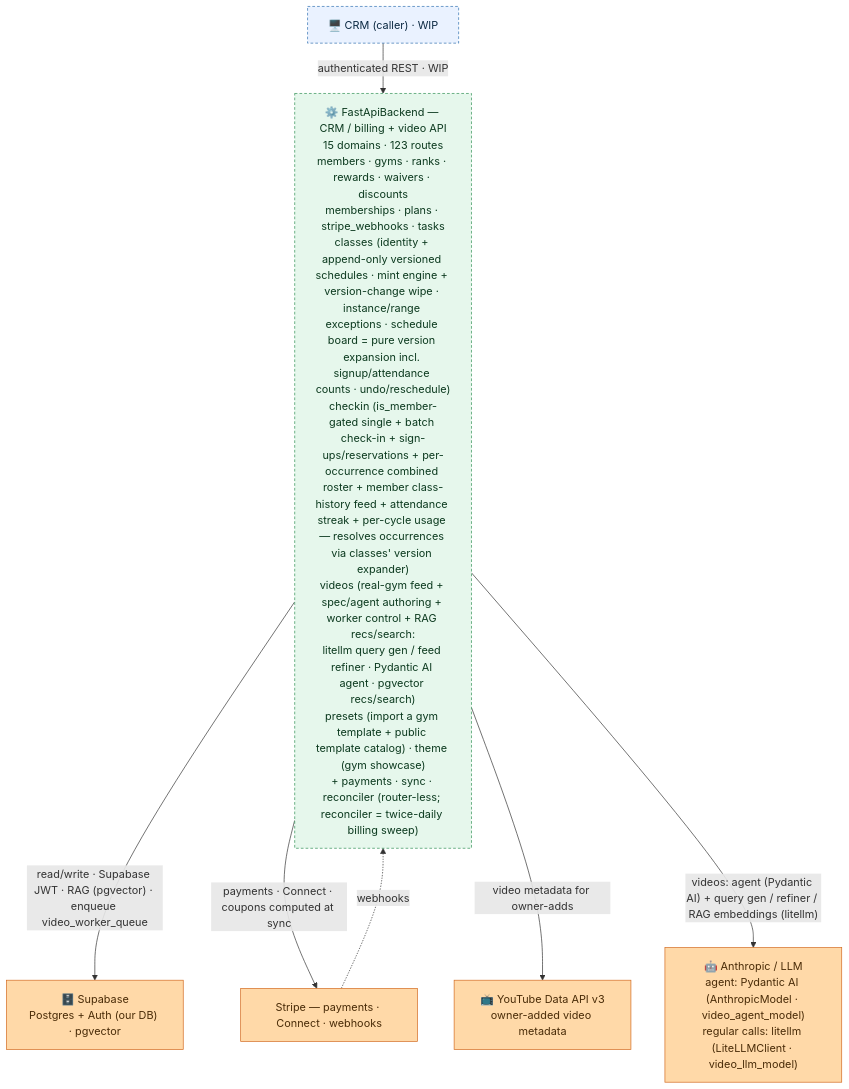
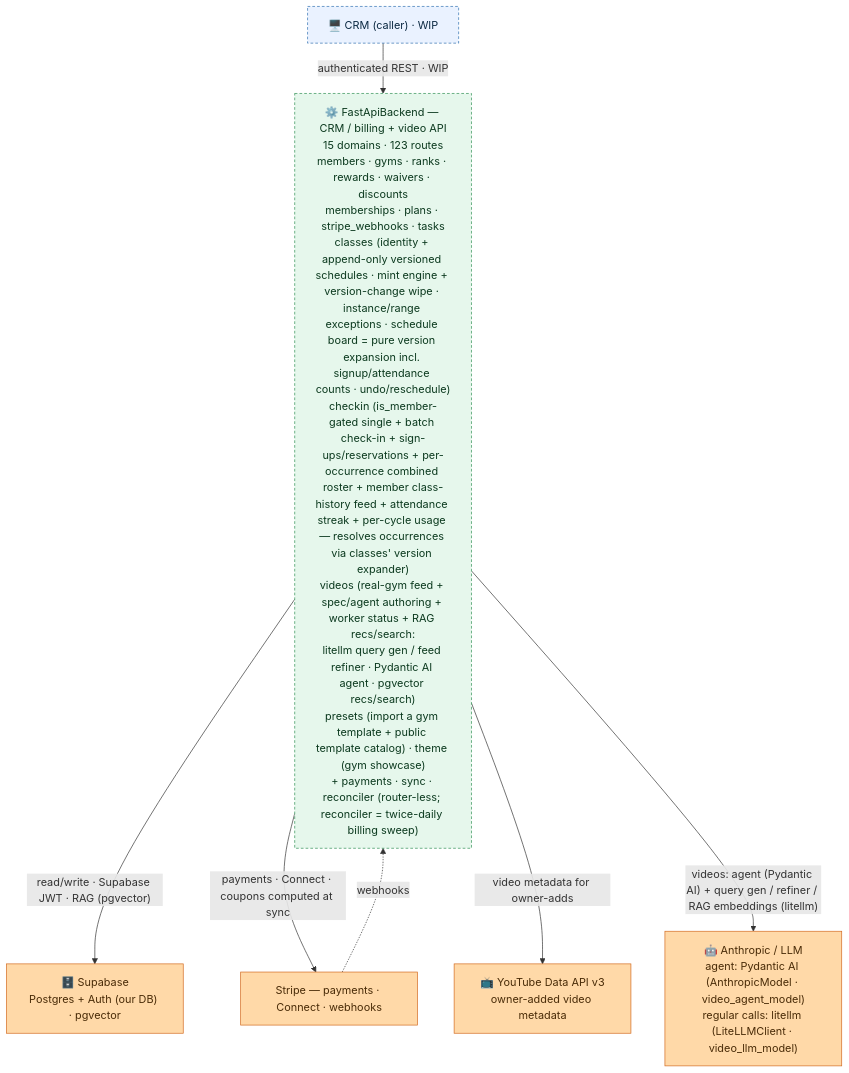
The diagram in FastApiBackend/README.md (jesse51002/CombatDen), drawn with Mermaid before and after one commit. The commit also changed other lines of this file and 41 other files, not shown here.

````diff
--- a/FastApiBackend/README.md
+++ b/FastApiBackend/README.md
@@ -16,23 +16,23 @@
 ```mermaid
 flowchart TB
   CRM["🖥️ CRM (caller) · WIP"]
-  FB["⚙️ FastApiBackend — CRM / billing + video API<br/>15 domains · 123 routes<br/>members · gyms · ranks · rewards · waivers · discounts<br/>memberships · plans · stripe_webhooks · tasks<br/>classes (identity + append-only versioned schedules · mint engine + version-change wipe · instance/range exceptions · schedule board = pure version expansion incl. signup/attendance counts · undo/reschedule)<br/>checkin (is_member-gated single + batch check-in + sign-ups/reservations + per-occurrence combined roster + member class-history feed + attendance streak + per-cycle usage — resolves occurrences via classes' version expander)<br/>videos (real-gym feed + spec/agent authoring + worker control + RAG recs/search:<br/>litellm query gen / feed refiner · Pydantic AI agent · pgvector recs/search)<br/>presets (import a gym template + public template catalog) · theme (gym showcase)<br/>+ payments · sync · reconciler (router-less; reconciler = twice-daily billing sweep)"]
+  FB["⚙️ FastApiBackend — CRM / billing + video API<br/>15 domains · 123 routes<br/>members · gyms · ranks · rewards · waivers · discounts<br/>memberships · plans · stripe_webhooks · tasks<br/>classes (identity + append-only versioned schedules · mint engine + version-change wipe · instance/range exceptions · schedule board = pure version expansion incl. signup/attendance counts · undo/reschedule)<br/>checkin (is_member-gated single + batch check-in + sign-ups/reservations + per-occurrence combined roster + member class-history feed + attendance streak + per-cycle usage — resolves occurrences via classes' version expander)<br/>videos (real-gym feed + spec/agent authoring + worker status + RAG recs/search:<br/>litellm query gen / feed refiner · Pydantic AI agent · pgvector recs/search)<br/>presets (import a gym template + public template catalog) · theme (gym showcase)<br/>+ payments · sync · reconciler (router-less; reconciler = twice-daily billing sweep)"]
   Supabase["🗄️ Supabase<br/>Postgres + Auth (our DB) · pgvector"]
   Stripe["Stripe — payments · Connect · webhooks"]
   YouTube["📺 YouTube Data API v3<br/>owner-added video metadata"]
   LLMProvider["🤖 Anthropic / LLM<br/>agent: Pydantic AI (AnthropicModel · video_agent_model)<br/>regular calls: litellm (LiteLLMClient · video_llm_model)"]
   CRM -->|"authenticated REST · WIP"| FB
-  FB -->|"read/write · Supabase JWT · RAG (pgvector) · enqueue video_worker_queue"| Supabase
+  FB -->|"read/write · Supabase JWT · RAG (pgvector)"| Supabase
   FB -->|"payments · Connect · coupons computed at sync"| Stripe
   Stripe -.->|"webhooks"| FB
   FB -->|"video metadata for owner-adds"| YouTube
   FB -->|"videos: agent (Pydantic AI) + query gen / refiner / RAG embeddings (litellm)"| LLMProvider
   classDef client fill:#eaf2ff,stroke:#2f6fb0,color:#0b2942;
   classDef svc fill:#e6f7ec,stroke:#2f8f53,color:#0c3a1f;
   classDef ext fill:#ffd9a8,stroke:#d2691e,color:#4a2c08;
   class CRM client;
   class FB svc;
   class Supabase,Stripe,YouTube,LLMProvider ext;
   style CRM stroke-dasharray:4 3;
   style FB stroke-dasharray:4 3;
 ```
````
